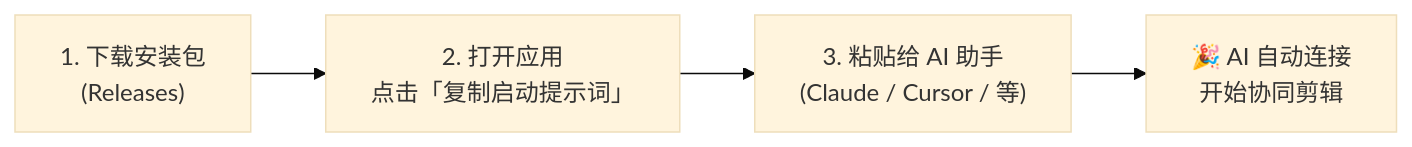
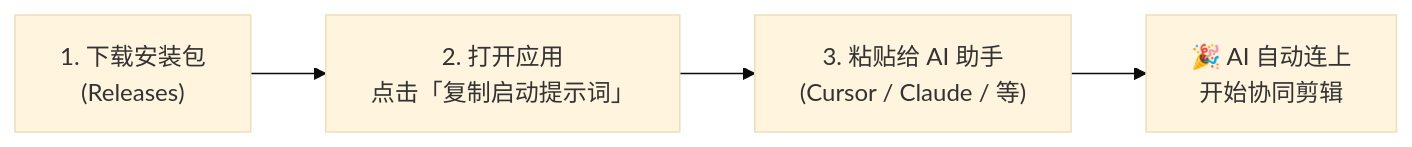
The first of 2 diagrams in README.md (yuchen-ya/reelterminal), drawn with Mermaid (base theme) before and after one commit. The commit also changed other lines of this file, not shown here.

````diff
--- a/README.md
+++ b/README.md
@@ -52,4 +52,4 @@
 ```mermaid
 flowchart LR
-    A["1. 下载安装包<br>(Releases)"] --> B["2. 打开应用<br>点击「复制启动提示词」"] --> C["3. 粘贴给 AI 助手<br>(Claude / Cursor / 等)"] --> D["🎉 AI 自动连接<br>开始协同剪辑"]
+    A["1. 下载安装包<br>(Releases)"] --> B["2. 打开应用<br>点击「复制启动提示词」"] --> C["3. 粘贴给 AI 助手<br>(Cursor / Claude / 等)"] --> D["🎉 AI 自动连上<br>开始协同剪辑"]
 ```
````
